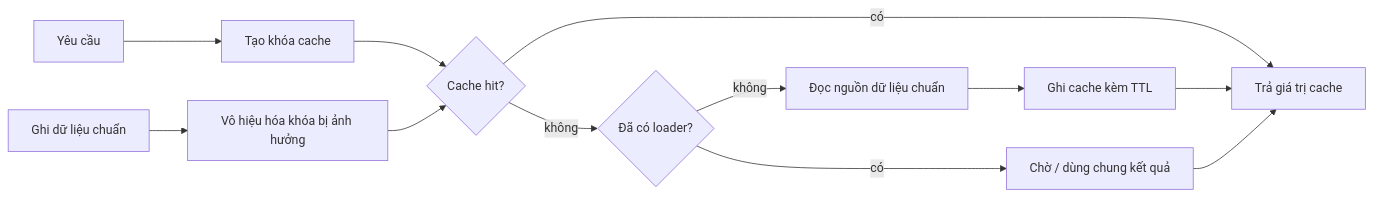
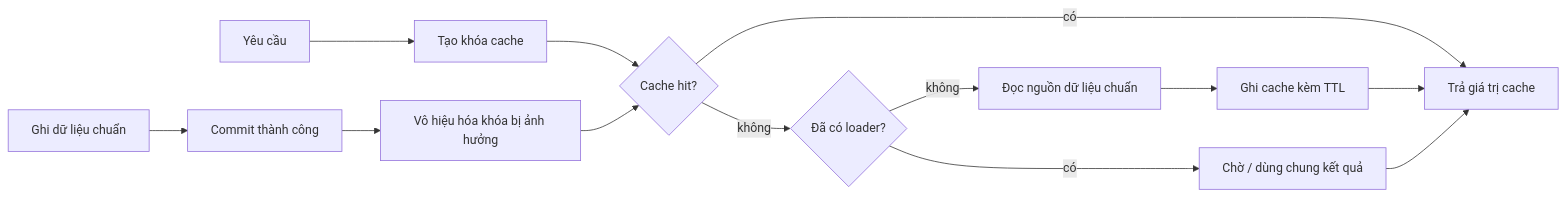
The first of 2 diagrams in content/docs/backend-engineering/application-caching.vi.mdx (thucne/software-development-atlas), drawn with Mermaid before and after one commit. The commit also changed other lines of this file and 14 other files, not shown here.

````diff
--- a/content/docs/backend-engineering/application-caching.vi.mdx
+++ b/content/docs/backend-engineering/application-caching.vi.mdx
@@ -48,14 +48,15 @@
 ```mermaid
 flowchart LR
   R[Yêu cầu] --> K[Tạo khóa cache]
   K --> C{Cache hit?}
   C -->|có| V[Trả giá trị cache]
   C -->|không| G{Đã có loader?}
   G -->|có| W[Chờ / dùng chung kết quả]
   G -->|không| S[Đọc nguồn dữ liệu chuẩn]
   S --> P[Ghi cache kèm TTL]
   P --> V
   W --> V
-  X[Ghi dữ liệu chuẩn] --> I[Vô hiệu hóa khóa bị ảnh hưởng]
+  X[Ghi dữ liệu chuẩn] --> D[Commit thành công]
+  D --> I[Vô hiệu hóa khóa bị ảnh hưởng]
   I --> C
 ```
````
